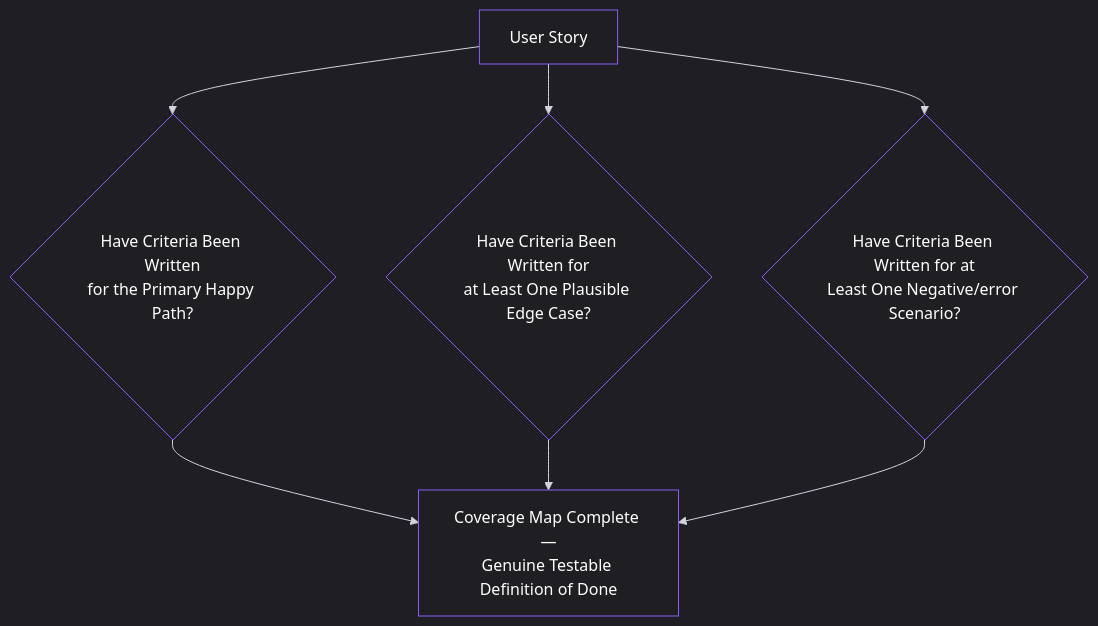
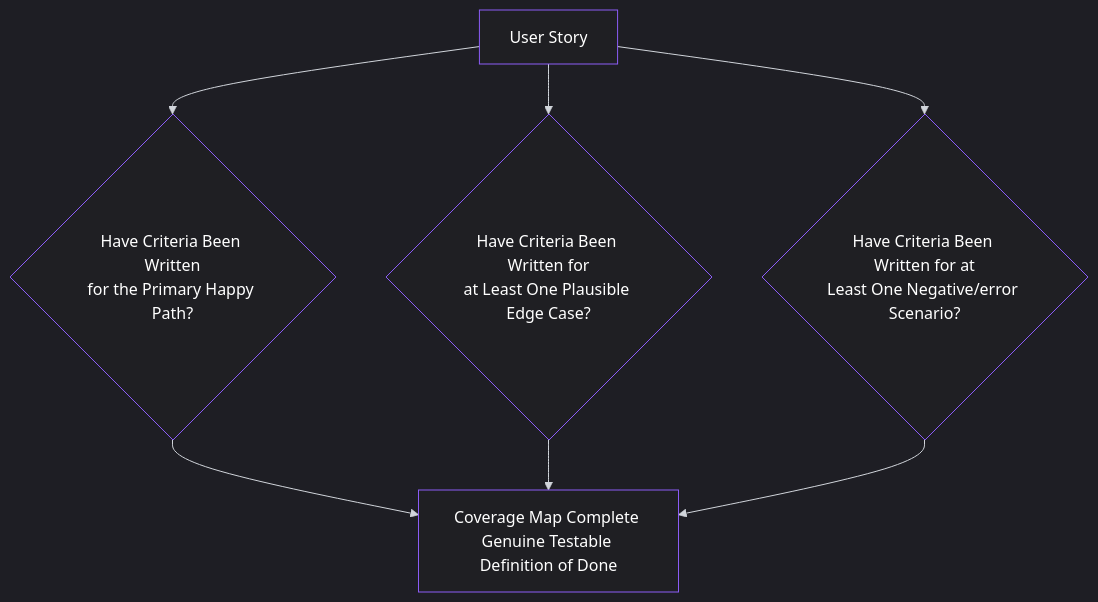
One commit to pmacademy-app/web changed the fourth of 4 diagrams in content/lessons/lesson-024.md. Above: the diagram before and after it, drawn with Mermaid. The commit also changed other lines of this file and 90 other files, not shown here.

````diff
--- a/content/lessons/lesson-024.md
+++ b/content/lessons/lesson-024.md
@@ -223,39 +223,39 @@
 ```mermaid
 %%{init: {
   "theme": "dark",
   "themeVariables": {
     "background": "#0b0b0c",
     "primaryColor": "#1f1f23",
     "primaryTextColor": "#ffffff",
     "primaryBorderColor": "#8b5cf6",
     "lineColor": "#d1d5db",
     "secondaryColor": "#18181b",
     "tertiaryColor": "#111111",
     "mainBkg": "#1f1f23",
     "nodeBorder": "#8b5cf6",
     "clusterBkg": "#000000",
     "clusterBorder": "#27272a",
     "titleColor": "#ffffff",
     "edgeLabelBackground": "#0b0b0c",
     "nodeTextColor": "#ffffff",
     "edgeLabelColor": "#ffffff",
     "actorBorder": "#8b5cf6",
     "actorBkg": "#1f1f23",
     "actorTextColor": "#ffffff",
     "sequenceNumberColor": "#ffffff",
     "signalColor": "#8b5cf6",
     "signalTextColor": "#ffffff",
     "textColor": "#ffffff",
     "classText": "#ffffff",
     "classBorder": "#8b5cf6",
     "classBkg": "#1f1f23"
   }
 }}%%
 graph TD
     A[User Story] --> B{Have Criteria Been Written<br/>for the Primary Happy Path?}
     A --> C{Have Criteria Been Written for<br/>at Least One Plausible Edge Case?}
     A --> D{Have Criteria Been Written for at<br/>Least One Negative/error Scenario?}
-    B --> E[Coverage Map Complete —<br/>Genuine Testable Definition of Done]
+    B --> E[Coverage Map Complete <br/>Genuine Testable Definition of Done]
     C --> E
     D --> E
 ```
````
